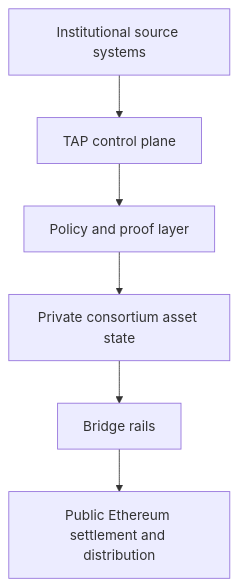
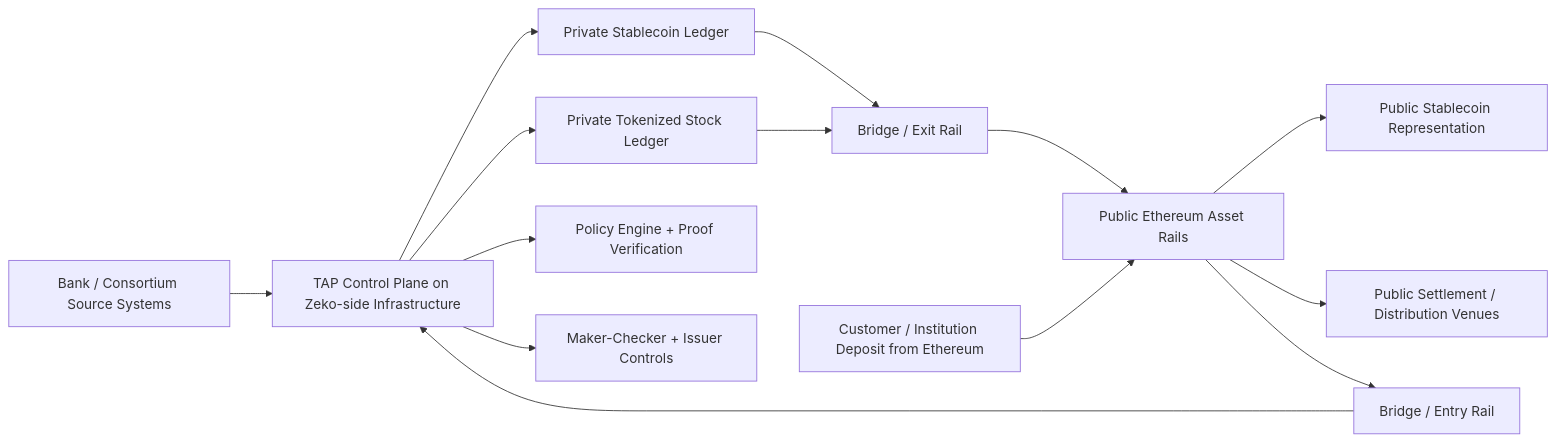
Before and after one commit to Evan-k-global/private-tokenized-asset-protocol: the first of 3 diagrams in README.md, drawn with Mermaid. The commit also changed other lines of this file, not shown here.

Commit message:
Improve README architecture diagrams

````diff
--- a/README.md
+++ b/README.md
@@ -32,8 +32,20 @@
 ```mermaid
-flowchart TD
-  A["Institutional source systems"] --> B["TAP control plane"]
-  B --> C["Policy and proof layer"]
-  C --> D["Private consortium asset state"]
-  D --> E["Bridge rails"]
-  E --> F["Public Ethereum settlement and distribution"]
+flowchart LR
+  A["Bank / Consortium Source Systems"] --> B["TAP Control Plane on Zeko-side Infrastructure"]
+  B --> C["Private Stablecoin Ledger"]
+  B --> D["Private Tokenized Stock Ledger"]
+  B --> E["Policy Engine + Proof Verification"]
+  B --> F["Maker-Checker + Issuer Controls"]
+
+  C --> G["Bridge / Exit Rail"]
+  D --> G
+
+  G --> H["Public Ethereum Asset Rails"]
+
+  H --> I["Public Stablecoin Representation"]
+  H --> J["Public Settlement / Distribution Venues"]
+
+  K["Customer / Institution Deposit from Ethereum"] --> H
+  H --> L["Bridge / Entry Rail"]
+  L --> B
 ```
````
